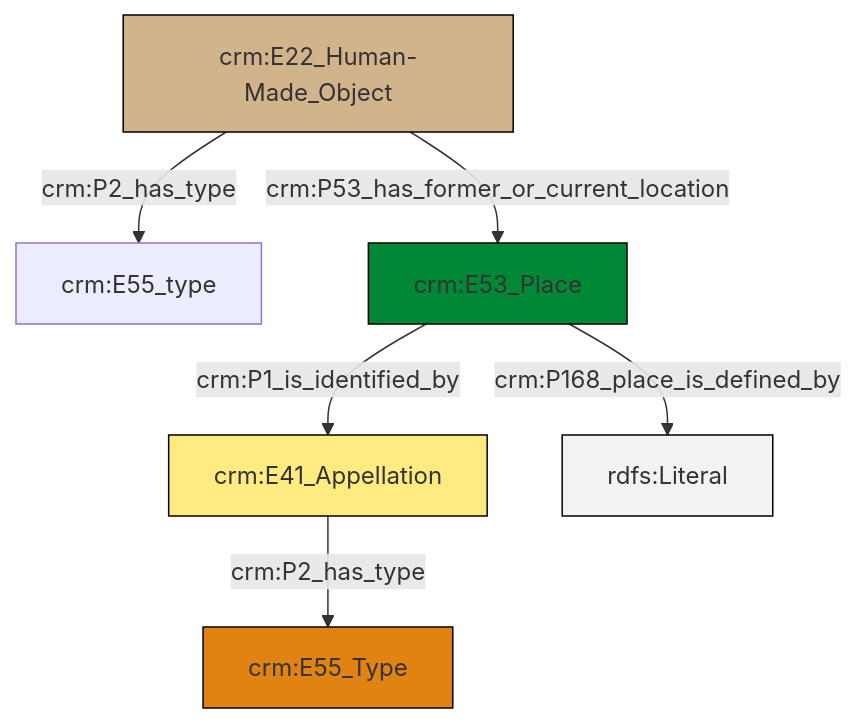
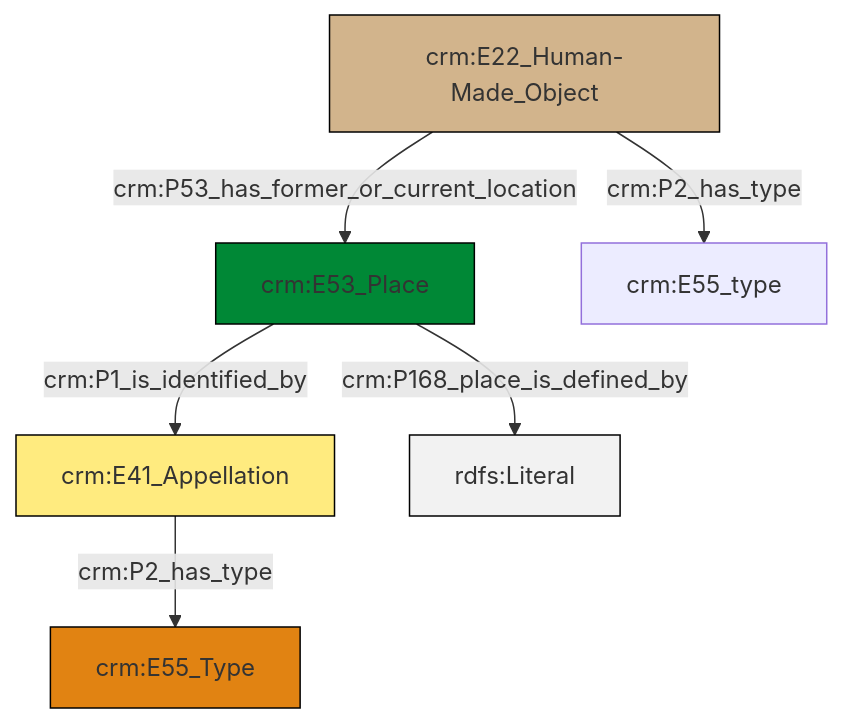
The diagram in et/builtWorkCSV/ttl/mmd/Built_Work_location.ttl.mmd (swiss-art-research-net/reference-data-models), drawn with Mermaid before and after one commit. The commit also changed 152 other files, not shown here.

```diff
--- a/et/builtWorkCSV/ttl/mmd/Built_Work_location.ttl.mmd
+++ b/et/builtWorkCSV/ttl/mmd/Built_Work_location.ttl.mmd
@@ -1,20 +1,20 @@
 graph TD
 classDef Literal fill:#f2f2f2,stroke:#000000;
 classDef CRM_Entity fill:#FFFFFF,stroke:#000000;
 classDef Temporal_Entity fill:#00C9E6, stroke:#000000;
 classDef Type fill:#E18312, stroke:#000000;
 classDef Time-Span fill:#2C9C91, stroke:#000000;
 classDef Appellation fill:#FFEB7F, stroke:#000000;
 classDef Place fill:#008836, stroke:#000000;
 classDef Persistent_Item fill:#B266B2, stroke:#000000;
 classDef Conceptual_Object fill:#FFD700, stroke:#000000;
 classDef Physical_Thing fill:#D2B48C, stroke:#000000;
 classDef Actor fill:#f58aad, stroke:#000000;
 classDef PC_Classes fill:#4ce600, stroke:#000000;
 classDef Multi fill:#cccccc,stroke:#000000;
 
-0["crm:E22_Human-Made_Object"]:::Physical_Thing -->|crm:P2_has_type| 1["crm:E55_type"]:::Default
-0["crm:E22_Human-Made_Object"]:::Physical_Thing -->|crm:P53_has_former_or_current_location| 4["crm:E53_Place"]:::Place
-6["crm:E41_Appellation"]:::Appellation -->|crm:P2_has_type| 2["crm:E55_Type"]:::Type
-4["crm:E53_Place"]:::Place -->|crm:P168_place_is_defined_by| 8[rdfs:Literal]:::Literal
-4["crm:E53_Place"]:::Place -->|crm:P1_is_identified_by| 6["crm:E41_Appellation"]:::Appellation
+0["crm:E22_Human-Made_Object"]:::Physical_Thing -->|crm:P53_has_former_or_current_location| 1["crm:E53_Place"]:::Place
+0["crm:E22_Human-Made_Object"]:::Physical_Thing -->|crm:P2_has_type| 2["crm:E55_type"]:::Default
+4["crm:E41_Appellation"]:::Appellation -->|crm:P2_has_type| 7["crm:E55_Type"]:::Type
+1["crm:E53_Place"]:::Place -->|crm:P1_is_identified_by| 4["crm:E41_Appellation"]:::Appellation
+1["crm:E53_Place"]:::Place -->|crm:P168_place_is_defined_by| 9[rdfs:Literal]:::Literal
```
